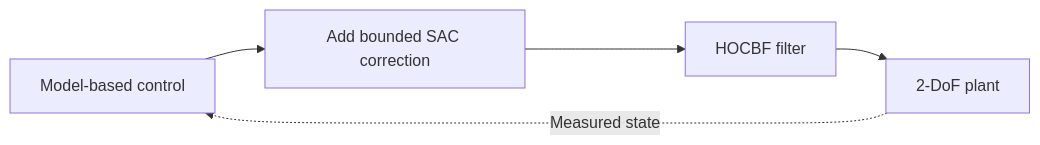
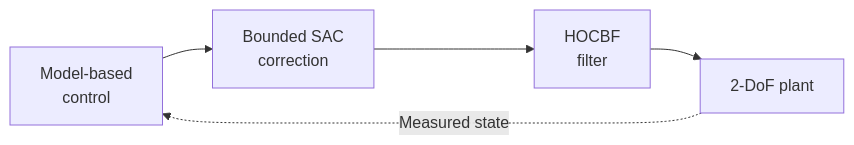
The first of 2 diagrams in README.md (andrealo20/SARRL), drawn with Mermaid before and after one commit. The commit also changed other lines of this file, not shown here.

Commit message:
Wrap native diagram labels within their nodes

````diff
--- a/README.md
+++ b/README.md
@@ -72,7 +72,7 @@
 ```mermaid
 flowchart LR
-    nominal["Model-based control"] --> correction["Add bounded SAC correction"]
-    correction --> filter["HOCBF filter"]
+    nominal["Model-based<br/>control"] --> correction["Bounded SAC<br/>correction"]
+    correction --> filter["HOCBF<br/>filter"]
     filter --> arm["2-DoF plant"]
     arm -. "Measured state" .-> nominal
 ```
````
